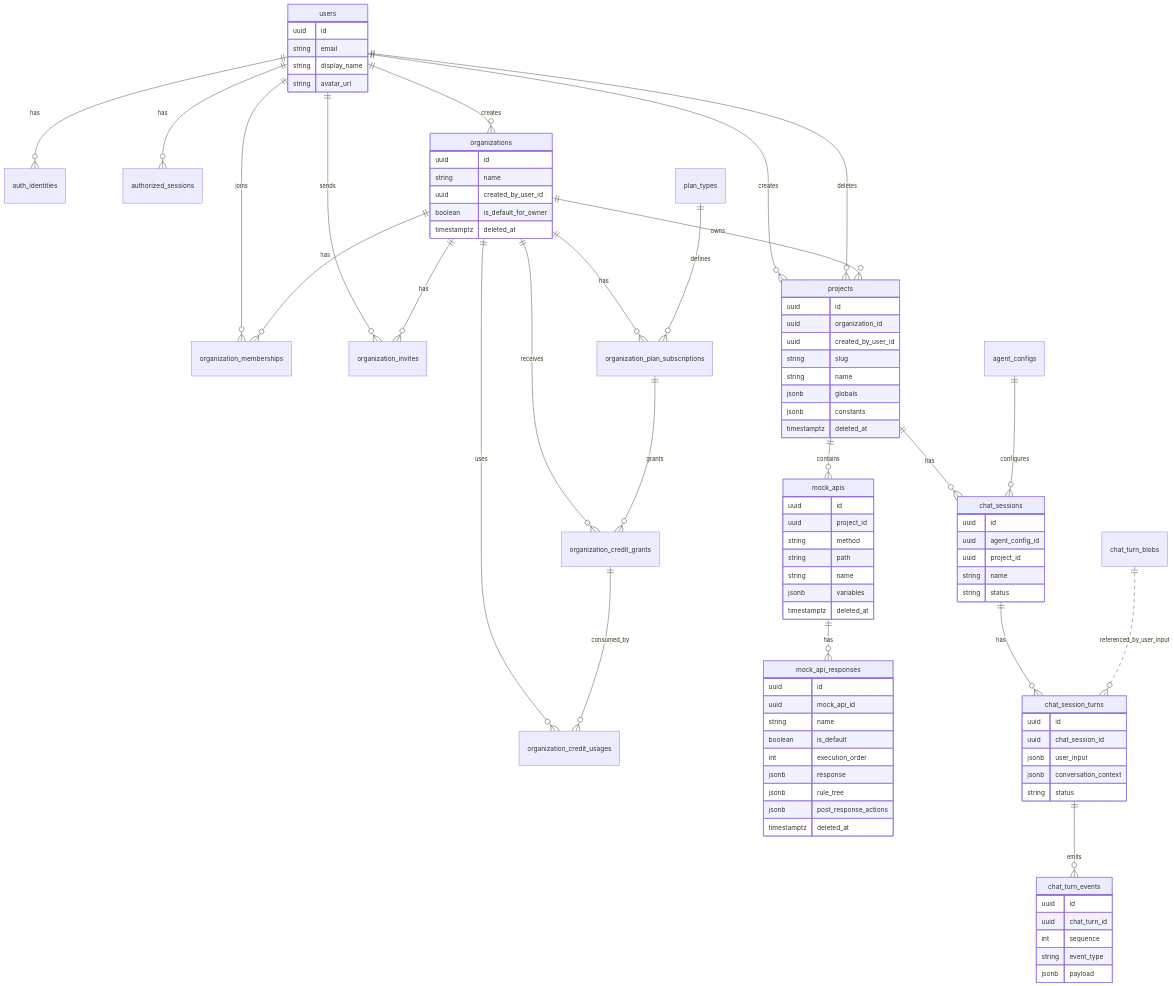
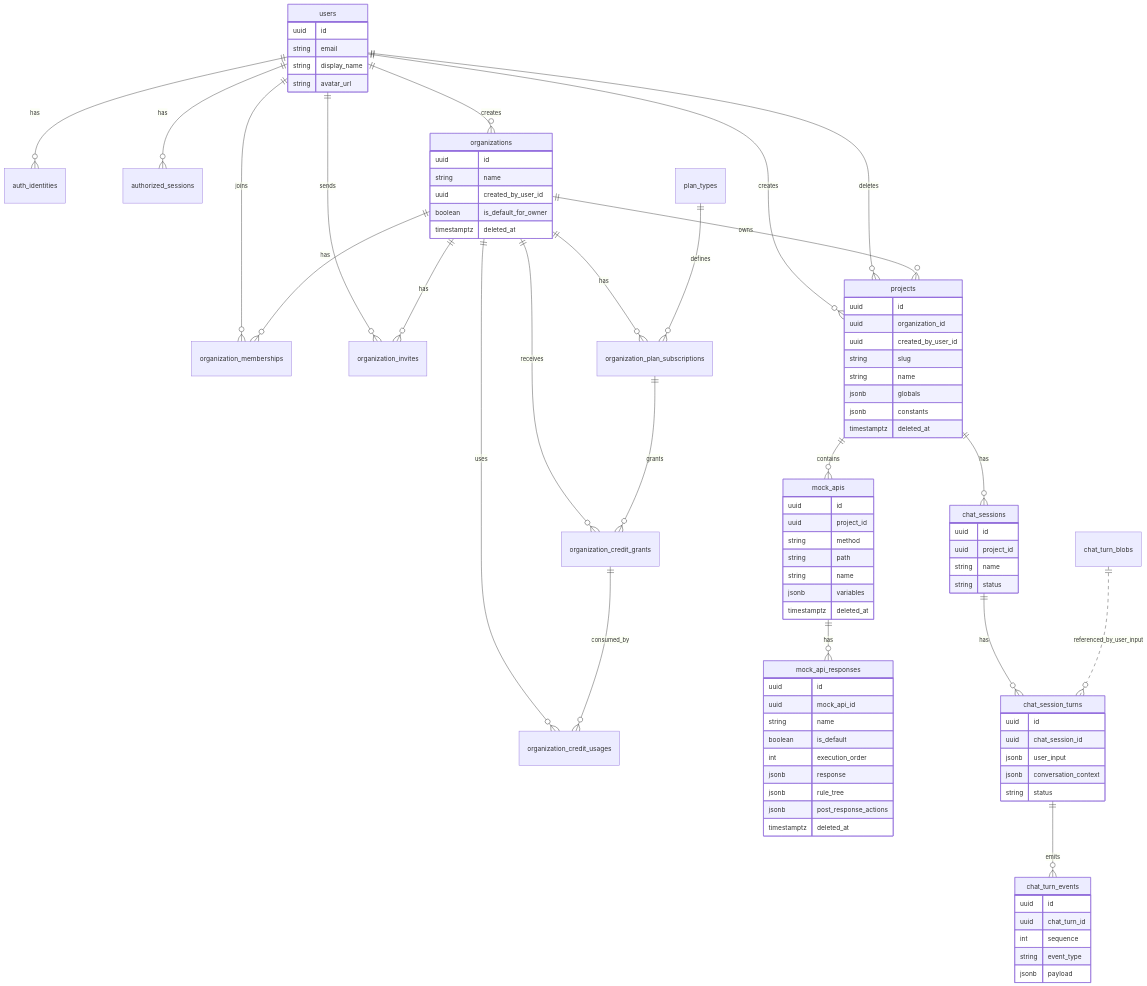
Before and after one commit to shreyas-io/SynthAPI: the second of 2 diagrams in .skills/synthapi-api-analysis/references/api-overview.md, drawn with Mermaid. The commit also changed 36 other files, not shown here.

```diff
--- a/.skills/synthapi-api-analysis/references/api-overview.md
+++ b/.skills/synthapi-api-analysis/references/api-overview.md
@@ -127,7 +127,6 @@
 
   mock_apis ||--o{ mock_api_responses : has
 
-  agent_configs ||--o{ chat_sessions : configures
   chat_sessions ||--o{ chat_session_turns : has
   chat_session_turns ||--o{ chat_turn_events : emits
   chat_turn_blobs ||..o{ chat_session_turns : referenced_by_user_input
@@ -182,7 +181,6 @@
 
   chat_sessions {
     uuid id
-    uuid agent_config_id
     uuid project_id
     string name
     string status
```
